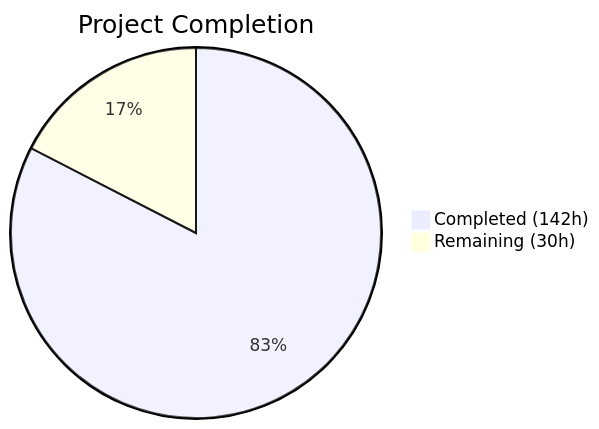
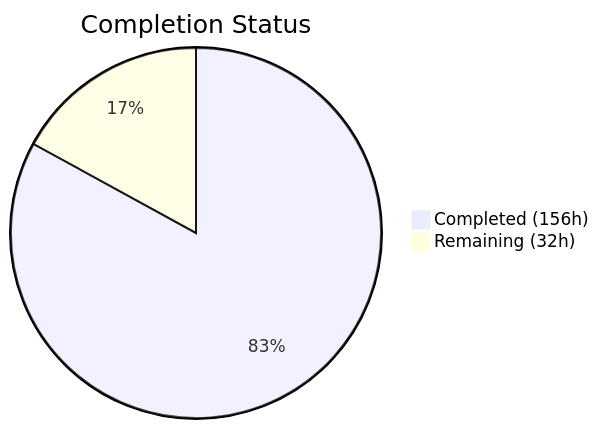
The first of 2 diagrams in blitzy/documentation/Project Guide.md (Blitzy-Sandbox/blitzy-formbricks), drawn with Mermaid before and after one commit. The commit also changed other lines of this file, not shown here.

Commit message:
Adding Blitzy Project Guide: Project Status and Human Tasks Remaining

````diff
--- a/blitzy/documentation/Project Guide.md
+++ b/blitzy/documentation/Project Guide.md
@@ -13,5 +13,5 @@
 ```mermaid
-pie title Project Completion
-    "Completed (142h)" : 142
-    "Remaining (30h)" : 30
+pie title Completion Status
+    "Completed (156h)" : 156
+    "Remaining (32h)" : 32
 ```
````
